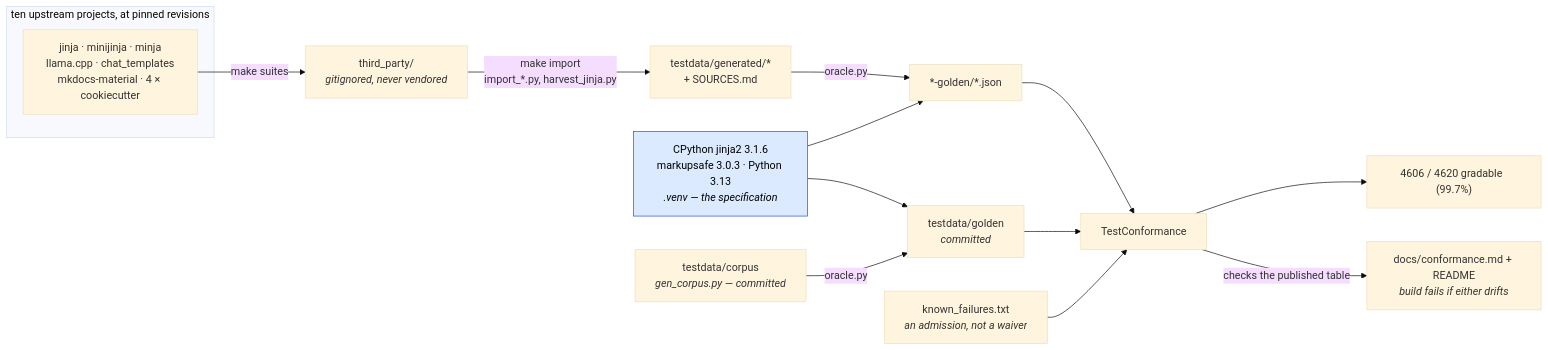
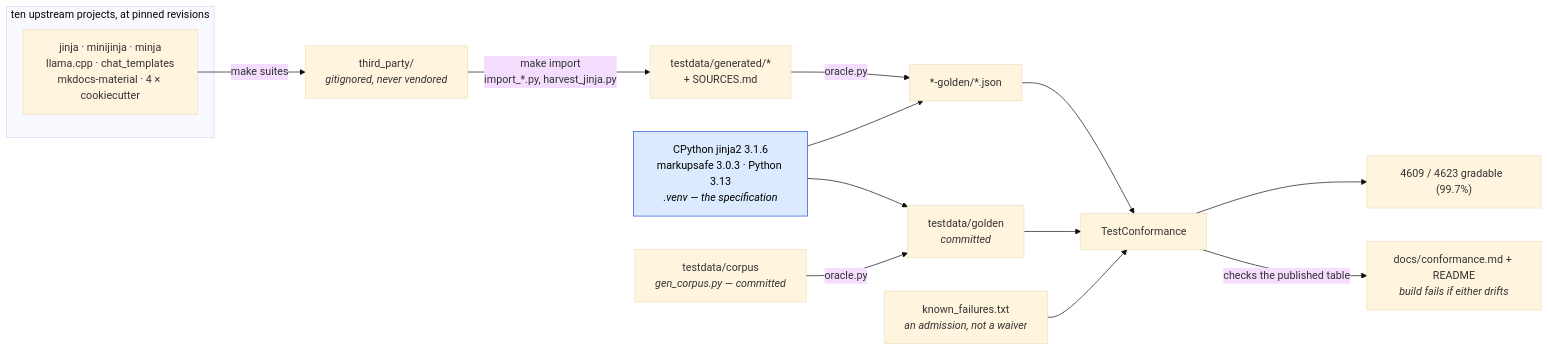
Before and after one commit to mgilbir/gojja2: the first of 2 diagrams in docs/conformance.md, drawn with Mermaid (base theme). The commit also changed other lines of this file and 14 other files, not shown here.

````diff
--- a/docs/conformance.md
+++ b/docs/conformance.md
@@ -17,24 +17,24 @@
 ```mermaid
 flowchart LR
     subgraph up["ten upstream projects, at pinned revisions"]
         U1["jinja · minijinja · minja<br/>llama.cpp · chat_templates<br/>mkdocs-material · 4 × cookiecutter"]
     end
     U1 -->|"make suites"| TP["third_party/<br/><i>gitignored, never vendored</i>"]
     TP -->|"make import<br/>import_*.py, harvest_jinja.py"| GEN["testdata/generated/*<br/>+ SOURCES.md"]
 
     ORA["CPython jinja2 3.1.6<br/>markupsafe 3.0.3 · Python 3.13<br/><i>.venv — the specification</i>"]
     GEN -->|"oracle.py"| G2["*-golden/*.json"]
     ORA --> G2
 
     OWN["testdata/corpus<br/><i>gen_corpus.py — committed</i>"] -->|"oracle.py"| G1["testdata/golden<br/><i>committed</i>"]
     ORA --> G1
 
     G1 --> TC["TestConformance"]
     G2 --> TC
     KF["known_failures.txt<br/><i>an admission, not a waiver</i>"] --> TC
-    TC --> RATE["4606 / 4620 gradable  (99.7%)"]
+    TC --> RATE["4609 / 4623 gradable  (99.7%)"]
     TC -->|"checks the published table"| RM["docs/conformance.md + README<br/><i>build fails if either drifts</i>"]
 
     classDef spec fill:#dbeafe,stroke:#1d4ed8,color:#000
     class ORA spec
 ```
````
